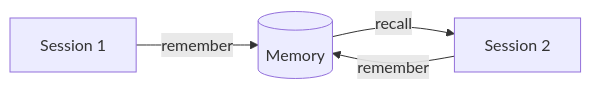
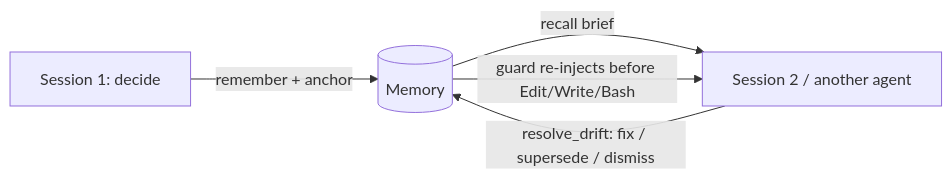
The diagram in quickstart.mdx (michielinksee/linksee-memory-docs), drawn with Mermaid before and after one commit. The commit also changed other lines of this file and 15 other files, not shown here.

````diff
--- a/quickstart.mdx
+++ b/quickstart.mdx
@@ -10,6 +10,7 @@
 ```mermaid
 graph LR
-    A[Session 1] -->|remember| B[(Memory)]
-    B -->|recall| C[Session 2]
-    C -->|remember| B
+    A[Session 1: decide] -->|remember + anchor| B[(Memory)]
+    B -->|recall brief| C[Session 2 / another agent]
+    B -->|guard re-injects before Edit/Write/Bash| C
+    C -->|resolve_drift: fix / supersede / dismiss| B
 ```
````
